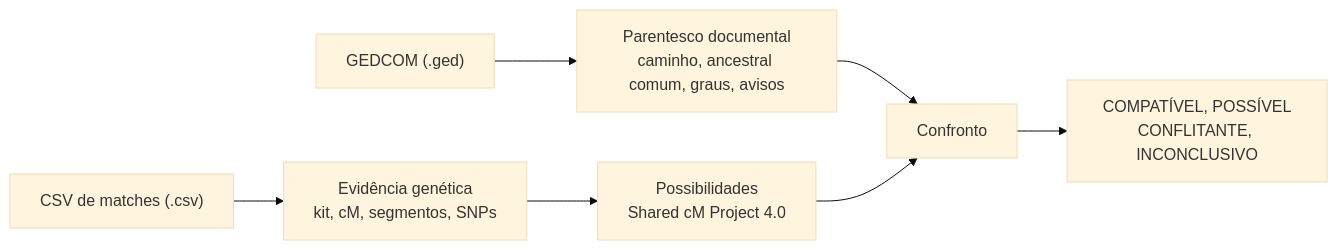
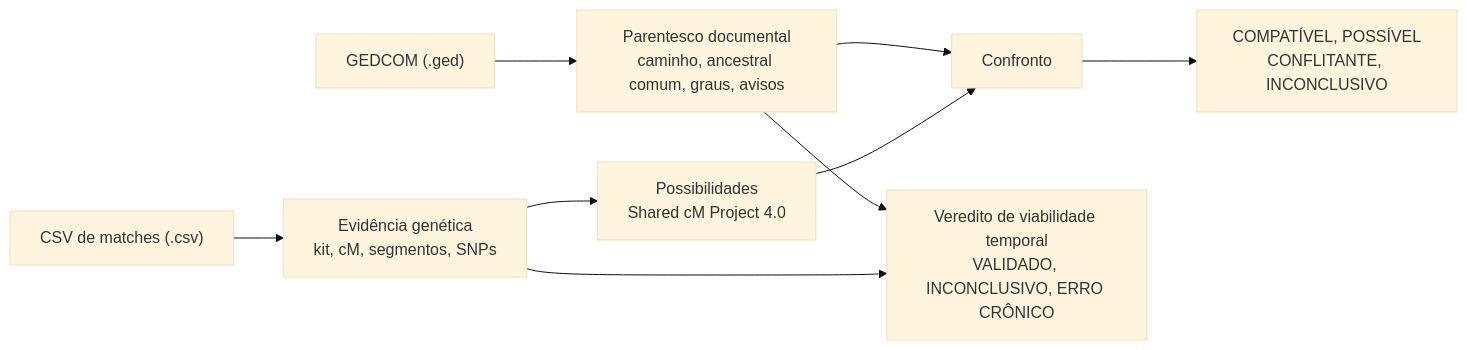
The first of 4 diagrams in README.md (Adriano1976/reversa-analisador-genealogico), drawn with Mermaid (base theme) before and after one commit. The commit also changed other lines of this file, not shown here.

Commit message:
docs(readme): documenta o veredito de viabilidade e a stack

````diff
--- a/README.md
+++ b/README.md
@@ -89,9 +108,11 @@
 ```mermaid
 flowchart LR
     G["GEDCOM (.ged)"] --> PD["Parentesco documental<br>caminho, ancestral comum, graus, avisos"]
     C["CSV de matches (.csv)"] --> EG["Evidência genética<br>kit, cM, segmentos, SNPs"]
     EG --> PO["Possibilidades<br>Shared cM Project 4.0"]
     PD --> CF["Confronto"]
     PO --> CF
     CF --> R["COMPATÍVEL, POSSÍVEL<br>CONFLITANTE, INCONCLUSIVO"]
+    PD --> VD["Veredito de viabilidade temporal<br>VALIDADO, INCONCLUSIVO, ERRO CRÔNICO"]
+    EG --> VD
 ```
````
